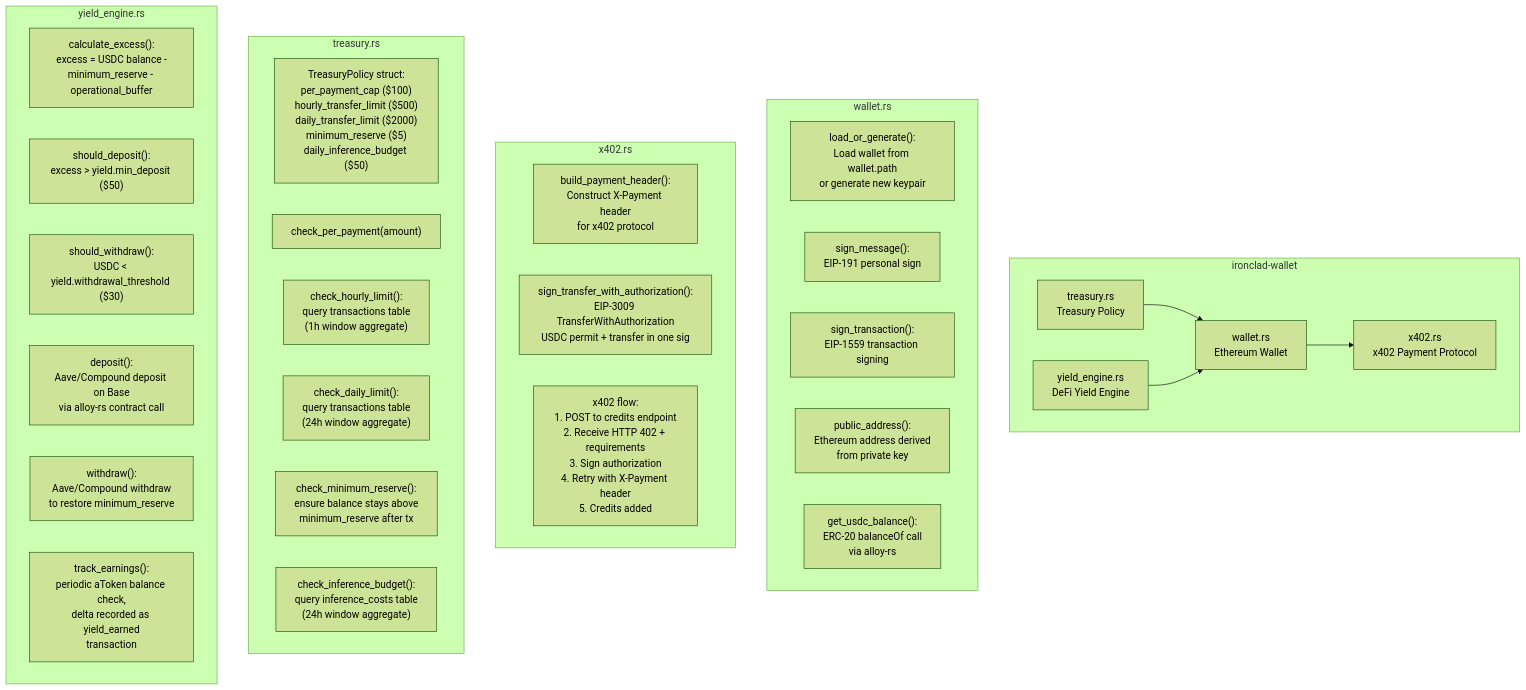
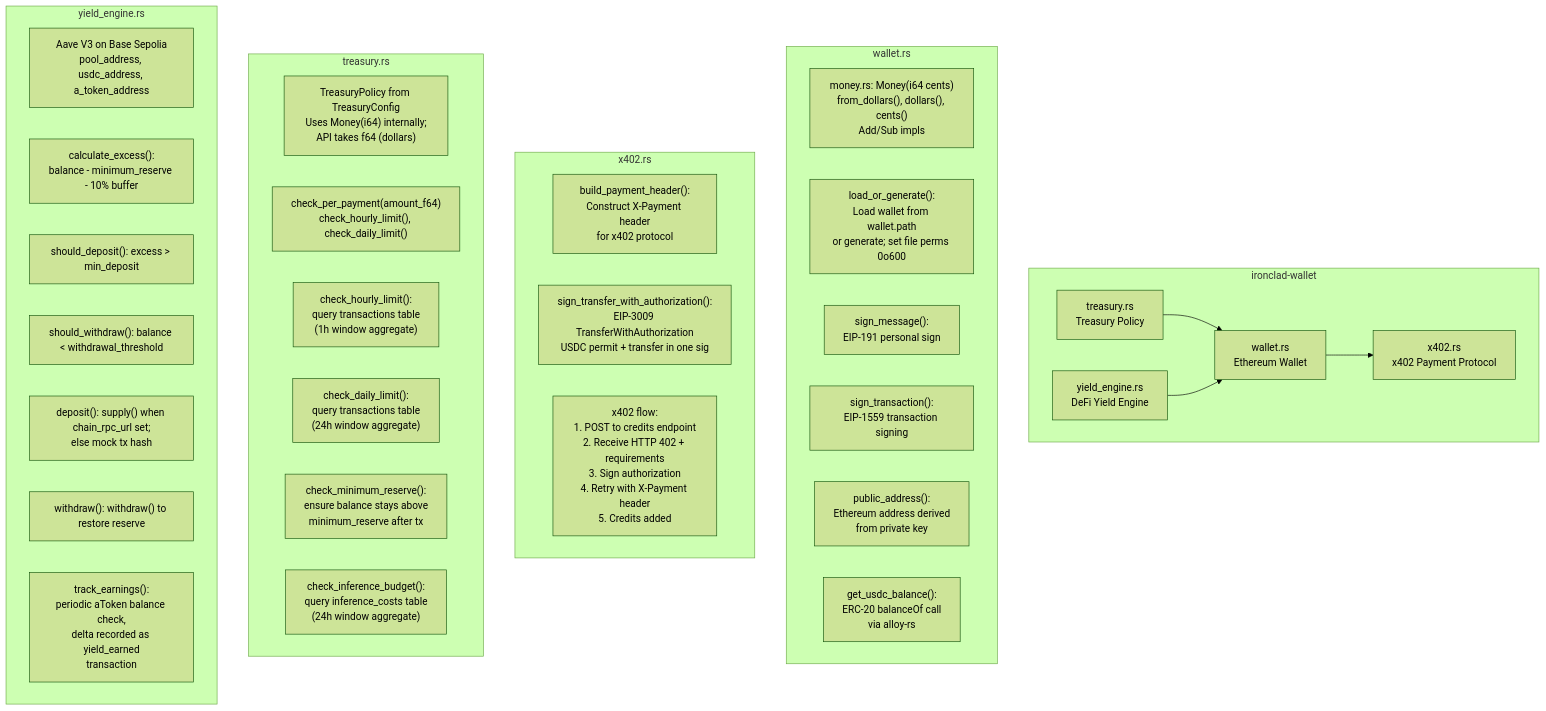
The first of 2 diagrams in docs/architecture/ironclad-c4-wallet.md (robot-accomplice/ironclad), drawn with Mermaid (forest theme) before and after one commit. The commit also changed other lines of this file and 153 other files, not shown here.

````diff
--- a/docs/architecture/ironclad-c4-wallet.md
+++ b/docs/architecture/ironclad-c4-wallet.md
@@ -9,45 +9,47 @@
 ```mermaid
 flowchart TB
     subgraph IroncladWallet ["ironclad-wallet"]
         WALLET["wallet.rs<br/>Ethereum Wallet"]
         X402["x402.rs<br/>x402 Payment Protocol"]
         TREASURY["treasury.rs<br/>Treasury Policy"]
         YIELD["yield_engine.rs<br/>DeFi Yield Engine"]
     end
 
     subgraph WalletDetail ["wallet.rs"]
-        LOAD["load_or_generate():<br/>Load wallet from wallet.path<br/>or generate new keypair"]
+        MONEY["money.rs: Money(i64 cents)<br/>from_dollars(), dollars(), cents()<br/>Add/Sub impls"]
+        LOAD["load_or_generate():<br/>Load wallet from wallet.path<br/>or generate; set file perms 0o600"]
         SIGN_MSG["sign_message():<br/>EIP-191 personal sign"]
         SIGN_TX["sign_transaction():<br/>EIP-1559 transaction signing"]
         PUB_ADDR["public_address():<br/>Ethereum address derived<br/>from private key"]
         BALANCE["get_usdc_balance():<br/>ERC-20 balanceOf call<br/>via alloy-rs"]
     end
 
     subgraph X402Detail ["x402.rs"]
         BUILD_HEADER["build_payment_header():<br/>Construct X-Payment header<br/>for x402 protocol"]
         SIGN_AUTH["sign_transfer_with_authorization():<br/>EIP-3009 TransferWithAuthorization<br/>USDC permit + transfer in one sig"]
         X402_FLOW["x402 flow:<br/>1. POST to credits endpoint<br/>2. Receive HTTP 402 + requirements<br/>3. Sign authorization<br/>4. Retry with X-Payment header<br/>5. Credits added"]
     end
 
     subgraph TreasuryDetail ["treasury.rs"]
-        POLICY_STRUCT["TreasuryPolicy struct:<br/>per_payment_cap ($100)<br/>hourly_transfer_limit ($500)<br/>daily_transfer_limit ($2000)<br/>minimum_reserve ($5)<br/>daily_inference_budget ($50)"]
-        CHECK_PAYMENT["check_per_payment(amount)"]
+        POLICY_STRUCT["TreasuryPolicy from TreasuryConfig<br/>Uses Money(i64) internally;<br/>API takes f64 (dollars)"]
+        CHECK_PAYMENT["check_per_payment(amount_f64)<br/>check_hourly_limit(), check_daily_limit()"]
         CHECK_HOURLY["check_hourly_limit():<br/>query transactions table<br/>(1h window aggregate)"]
         CHECK_DAILY["check_daily_limit():<br/>query transactions table<br/>(24h window aggregate)"]
         CHECK_RESERVE["check_minimum_reserve():<br/>ensure balance stays above<br/>minimum_reserve after tx"]
         CHECK_INFERENCE["check_inference_budget():<br/>query inference_costs table<br/>(24h window aggregate)"]
     end
 
     subgraph YieldDetail ["yield_engine.rs"]
-        CALC_EXCESS["calculate_excess():<br/>excess = USDC balance -<br/>minimum_reserve - operational_buffer"]
-        SHOULD_DEPOSIT["should_deposit():<br/>excess > yield.min_deposit ($50)"]
-        SHOULD_WITHDRAW["should_withdraw():<br/>USDC < yield.withdrawal_threshold ($30)"]
-        AAVE_DEPOSIT["deposit():<br/>Aave/Compound deposit on Base<br/>via alloy-rs contract call"]
-        AAVE_WITHDRAW["withdraw():<br/>Aave/Compound withdraw<br/>to restore minimum_reserve"]
+        AAVE_V3["Aave V3 on Base Sepolia<br/>pool_address, usdc_address, a_token_address"]
+        CALC_EXCESS["calculate_excess():<br/>balance - minimum_reserve - 10% buffer"]
+        SHOULD_DEPOSIT["should_deposit(): excess > min_deposit"]
+        SHOULD_WITHDRAW["should_withdraw(): balance < withdrawal_threshold"]
+        AAVE_DEPOSIT["deposit(): supply() when chain_rpc_url set;<br/>else mock tx hash"]
+        AAVE_WITHDRAW["withdraw(): withdraw() to restore reserve"]
         TRACK_EARNINGS["track_earnings():<br/>periodic aToken balance check,<br/>delta recorded as yield_earned<br/>transaction"]
     end
 
     WALLET --> X402
     TREASURY --> WALLET
     YIELD --> WALLET
 ```
````
